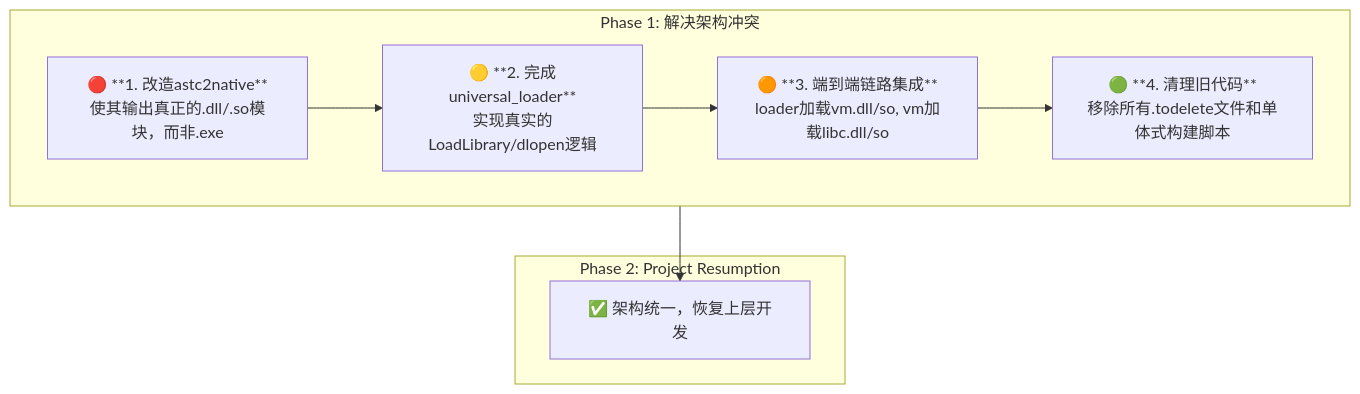
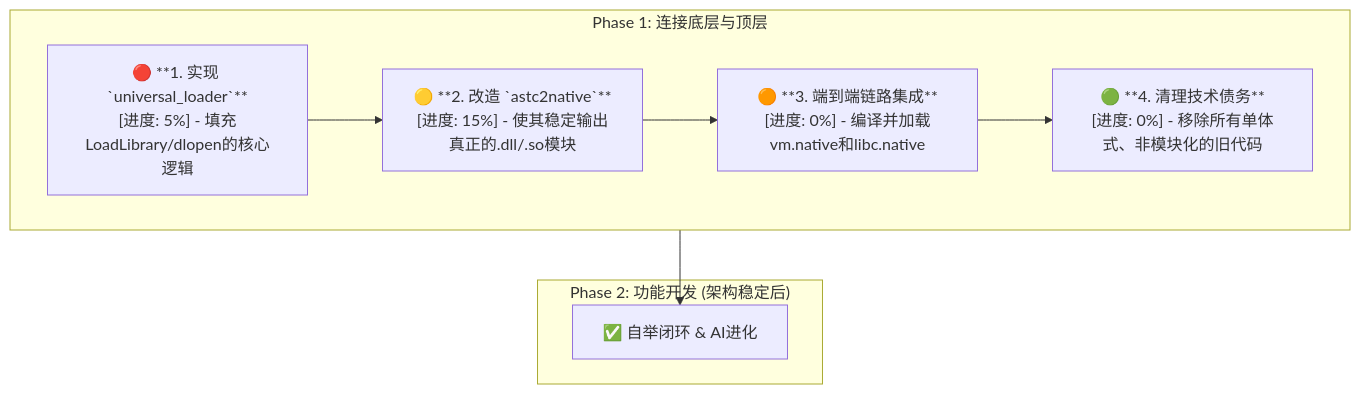
Before and after one commit to wanjochan/self-evolve-ai: the diagram in docs/cursor.md, drawn with Mermaid. The commit also changed other lines of this file and 11 other files, not shown here.

````diff
--- a/docs/cursor.md
+++ b/docs/cursor.md
@@ -14,27 +12,27 @@
 ```mermaid
 graph TD
-    subgraph "Phase 1: 解决架构冲突"
+    subgraph "Phase 1: 连接底层与顶层"
         direction LR
         
-        P1A["🔴 **1. 改造astc2native**<br/>使其输出真正的.dll/.so模块，而非.exe"]
-        P1B["🟡 **2. 完成universal_loader**<br/>实现真实的LoadLibrary/dlopen逻辑"]
-        P1C["🟠 **3. 端到端链路集成**<br/>loader加载vm.dll/so, vm加载libc.dll/so"]
-        P1D["🟢 **4. 清理旧代码**<br/>移除所有.todelete文件和单体式构建脚本"]
+        P1A["🔴 **1. 实现 `universal_loader`**<br/>[进度: 5%] - 填充LoadLibrary/dlopen的核心逻辑"]
+        P1B["🟡 **2. 改造 `astc2native`**<br/>[进度: 15%] - 使其稳定输出真正的.dll/.so模块"]
+        P1C["🟠 **3. 端到端链路集成**<br/>[进度: 0%] - 编译并加载vm.native和libc.native"]
+        P1D["🟢 **4. 清理技术债务**<br/>[进度: 0%] - 移除所有单体式、非模块化的旧代码"]
         
         P1A --> P1B
         P1B --> P1C
         P1C --> P1D
     end
 
-    subgraph "Phase 2: Project Resumption"
-        P2["✅ 架构统一，恢复上层开发"]
+    subgraph "Phase 2: 功能开发 (架构稳定后)"
+        P2["✅ 自举闭环 & AI进化"]
     end
     
     P1D --> P2
 
     classDef P1A fill:#d63031,stroke:#d63031,color:white;
     classDef P1B fill:#fdcb6e,stroke:#fdcb6e;
     classDef P1C fill:#00b894,stroke:#00b894,color:white;
     classDef P1D fill:#636e72,stroke:#636e72,color:white;
     classDef P2 fill:#0984e3,stroke:#0984e3,color:white;
 ```
````
